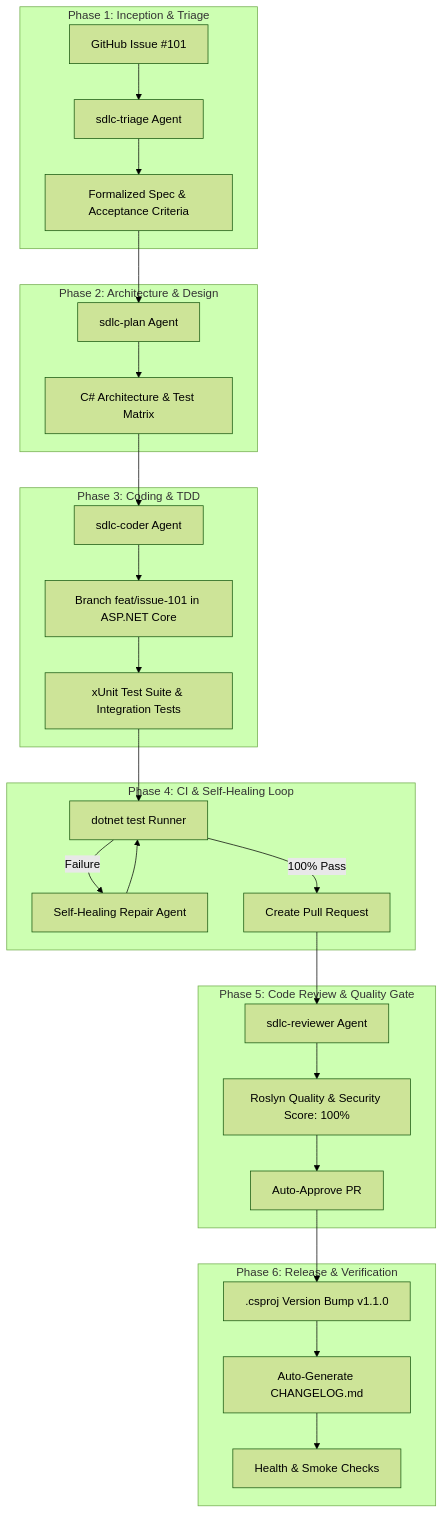
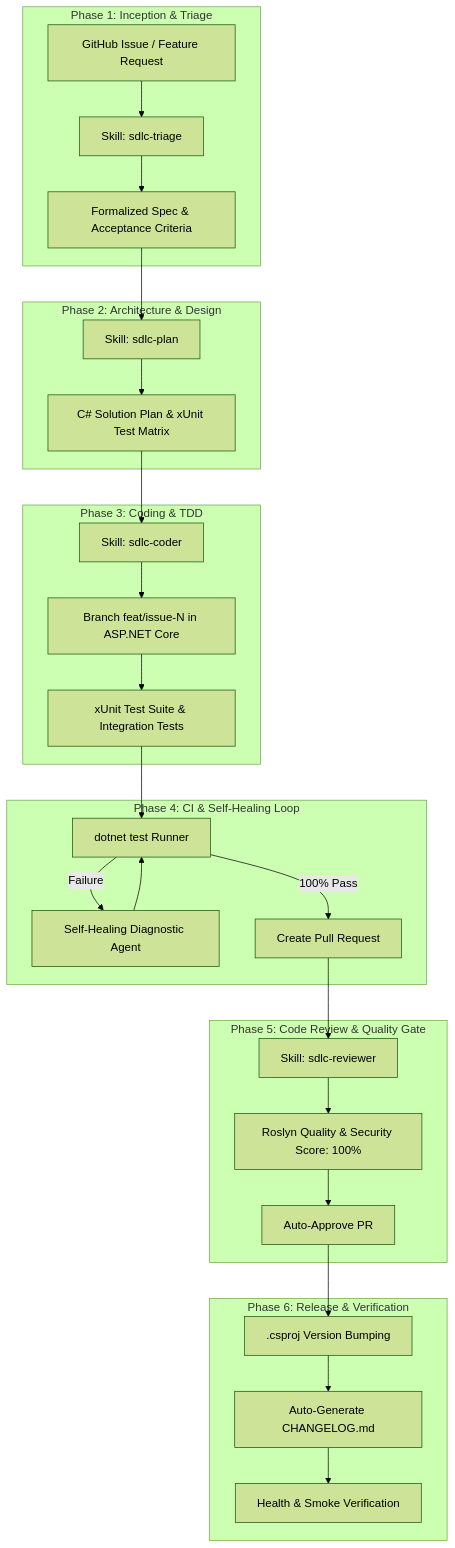
One commit to akazad13/sdlc-workflow-automate changed the diagram in README.md. Above: the diagram before and after it, drawn with Mermaid (forest theme). The commit also changed other lines of this file and 7 other files, not shown here.

````diff
--- a/README.md
+++ b/README.md
@@ -9,37 +9,37 @@
 ```mermaid
 flowchart TD
     subgraph Intake ["Phase 1: Inception & Triage"]
-        I1[GitHub Issue #101] --> T1[sdlc-triage Agent]
+        I1[GitHub Issue / Feature Request] --> T1[Skill: sdlc-triage]
         T1 --> T2[Formalized Spec & Acceptance Criteria]
     end
 
     subgraph Planning ["Phase 2: Architecture & Design"]
-        T2 --> P1[sdlc-plan Agent]
-        P1 --> P2[C# Architecture & Test Matrix]
+        T2 --> P1[Skill: sdlc-plan]
+        P1 --> P2[C# Solution Plan & xUnit Test Matrix]
     end
 
     subgraph Execution ["Phase 3: Coding & TDD"]
-        P2 --> C1[sdlc-coder Agent]
-        C1 --> C2[Branch feat/issue-101 in ASP.NET Core]
+        P2 --> C1[Skill: sdlc-coder]
+        C1 --> C2[Branch feat/issue-N in ASP.NET Core]
         C2 --> C3[xUnit Test Suite & Integration Tests]
     end
 
     subgraph CI ["Phase 4: CI & Self-Healing Loop"]
         C3 --> CI1[dotnet test Runner]
-        CI1 -- Failure --> H1[Self-Healing Repair Agent]
+        CI1 -- Failure --> H1[Self-Healing Diagnostic Agent]
         H1 --> CI1
         CI1 -- 100% Pass --> PR1[Create Pull Request]
     end
 
     subgraph Quality ["Phase 5: Code Review & Quality Gate"]
-        PR1 --> R1[sdlc-reviewer Agent]
+        PR1 --> R1[Skill: sdlc-reviewer]
         R1 --> R2[Roslyn Quality & Security Score: 100%]
         R2 --> M1[Auto-Approve PR]
     end
 
     subgraph Release ["Phase 6: Release & Verification"]
-        M1 --> REL1[.csproj Version Bump v1.1.0]
+        M1 --> REL1[.csproj Version Bumping]
         REL1 --> REL2[Auto-Generate CHANGELOG.md]
-        REL2 --> REL3[Health & Smoke Checks]
+        REL2 --> REL3[Health & Smoke Verification]
     end
 ```
````
